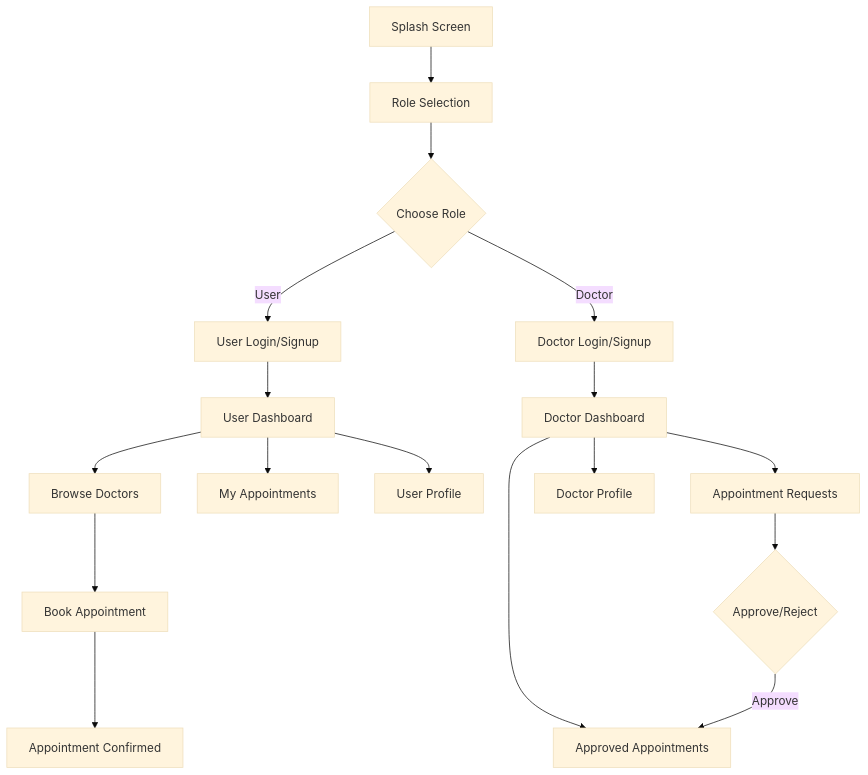
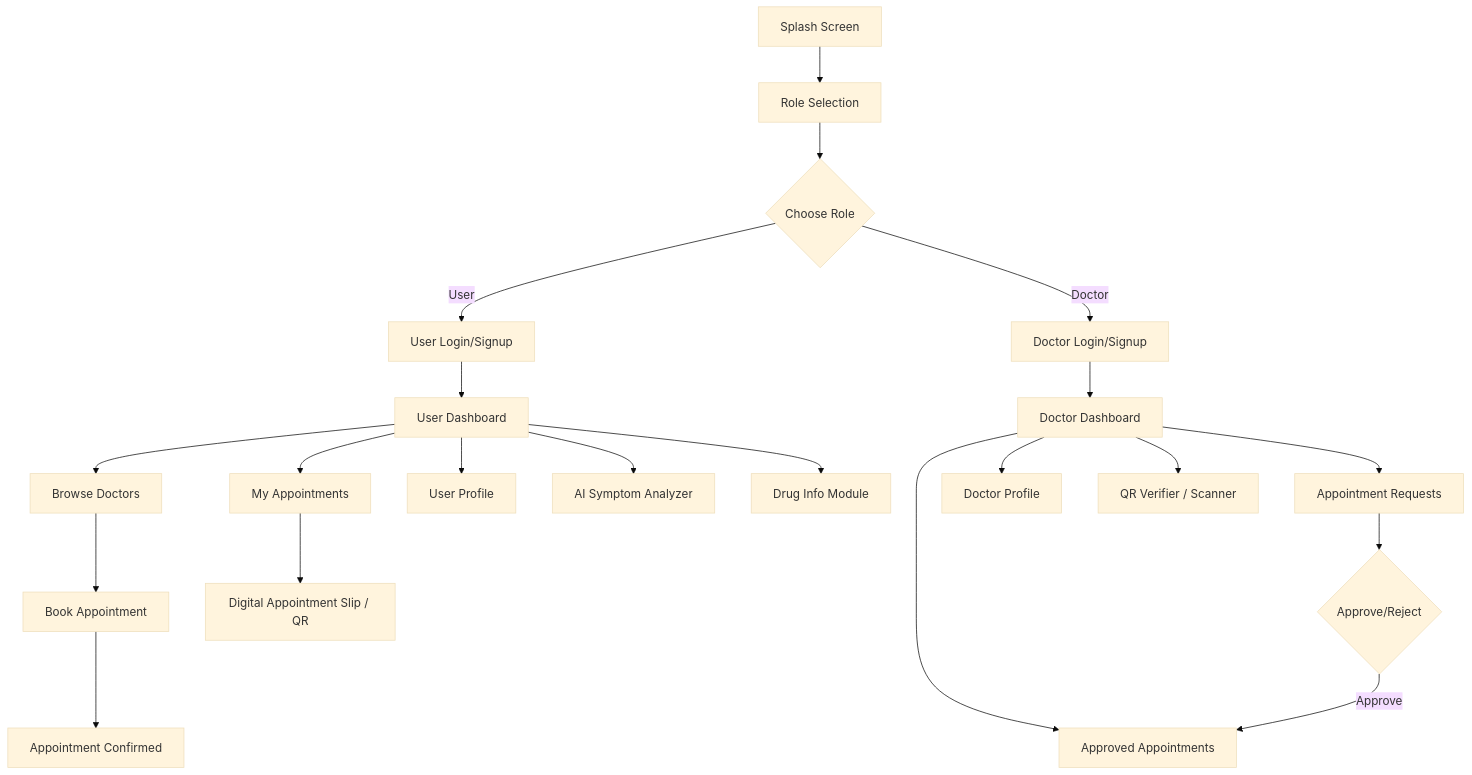
One commit to Satwik51/BookMyHealth changed the second of 2 diagrams in README.md. Above: the diagram before and after it, drawn with Mermaid (base theme). The commit also changed other lines of this file, not shown here.

````diff
--- a/README.md
+++ b/README.md
@@ -245,19 +189,27 @@
 ```mermaid
 graph TD
     A[Splash Screen] --> B[Role Selection]
     B --> C{Choose Role}
+
+    %% User Flow
     C -->|User| D[User Login/Signup]
-    C -->|Doctor| E[Doctor Login/Signup]
     D --> F[User Dashboard]
-    E --> G[Doctor Dashboard]
     F --> H[Browse Doctors]
     F --> I[My Appointments]
     F --> J[User Profile]
+    F --> Q[AI Symptom Analyzer]
+    F --> R[Drug Info Module]
     H --> K[Book Appointment]
+    K --> P[Appointment Confirmed]
+    I --> S[Digital Appointment Slip / QR]
+
+    %% Doctor Flow
+    C -->|Doctor| E[Doctor Login/Signup]
+    E --> G[Doctor Dashboard]
     G --> L[Appointment Requests]
     G --> M[Approved Appointments]
     G --> N[Doctor Profile]
+    G --> T[QR Verifier / Scanner]
     L --> O{Approve/Reject}
     O -->|Approve| M
-    K --> P[Appointment Confirmed]
 ```
````
